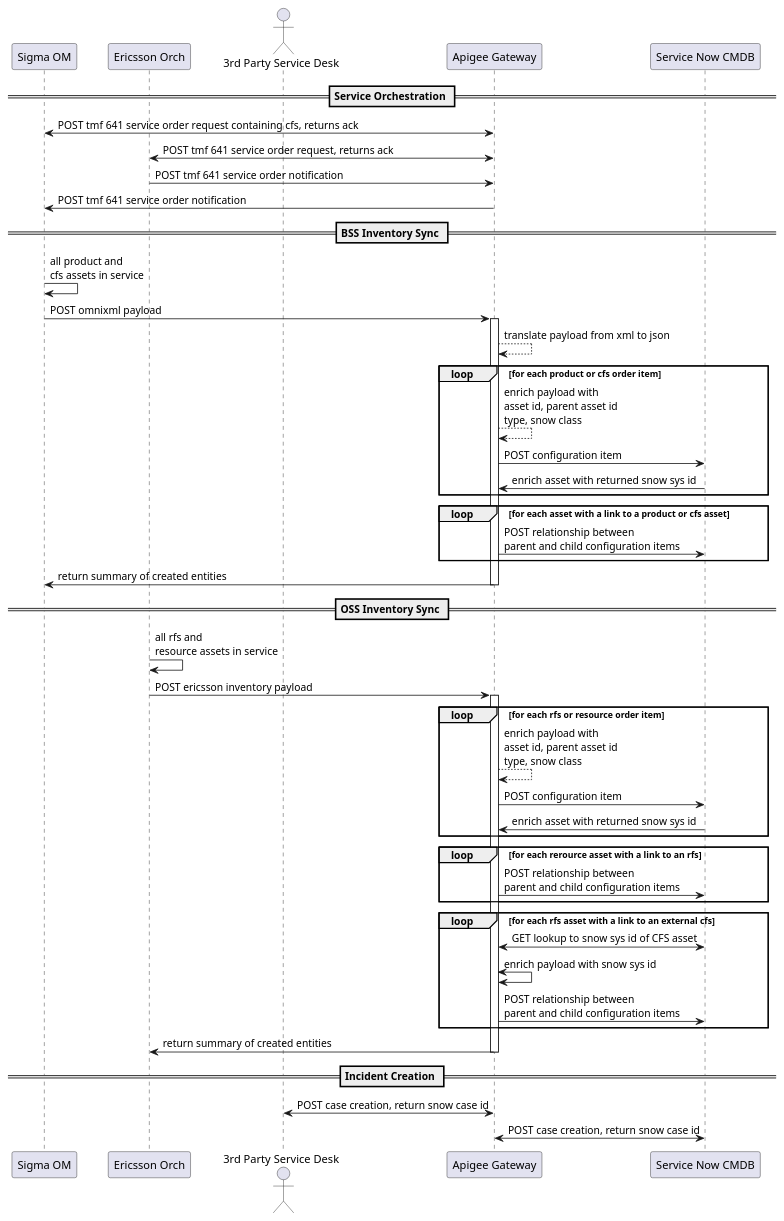
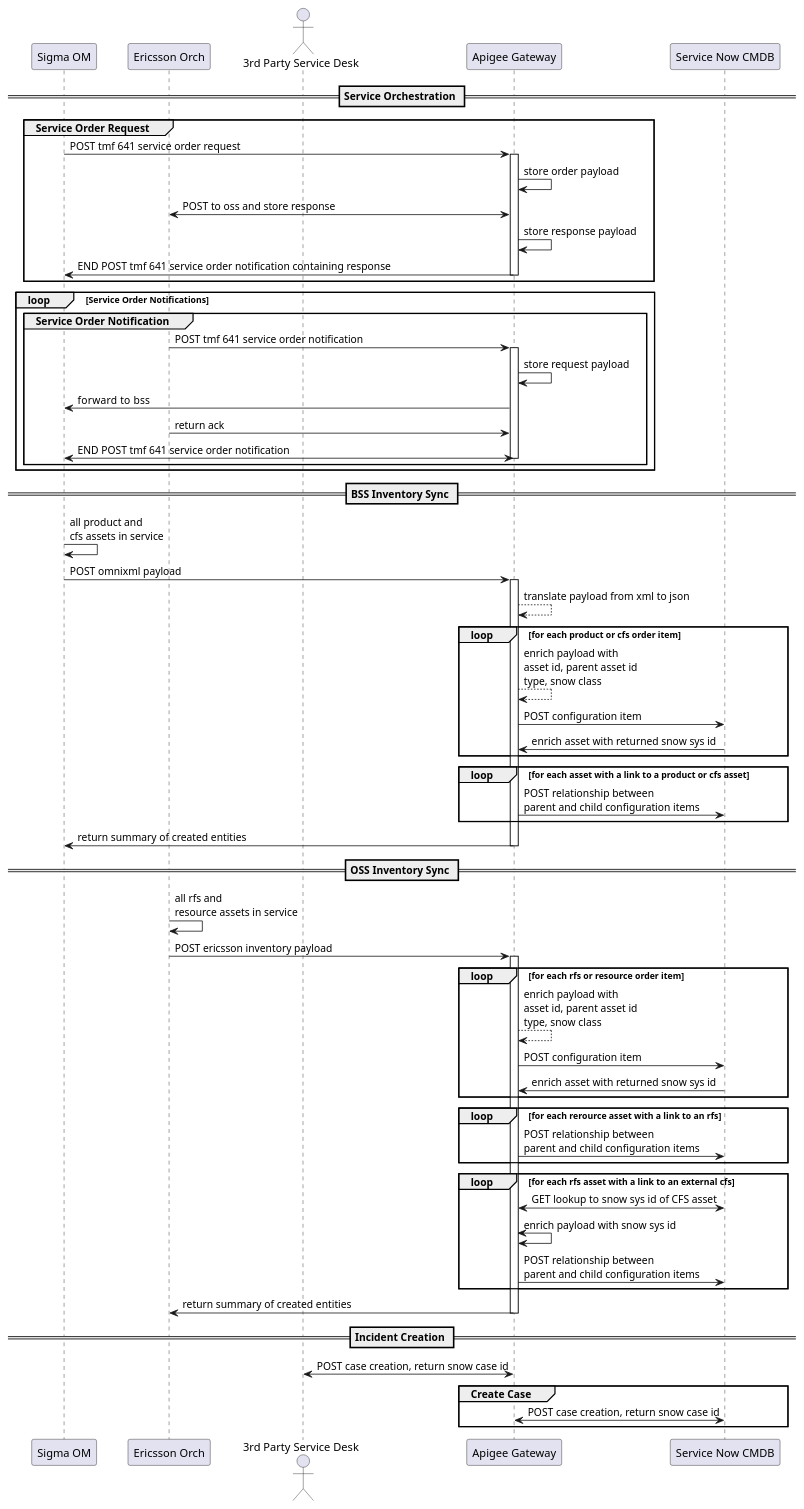
One commit to stevocurtis/nodejs-playpen changed the diagram in docs/integration-flow-sequence.puml. Above: the diagram before and after it, drawn with PlantUML.

Commit message:
Improved indentation for readability

```diff
--- a/docs/integration-flow-sequence.puml
+++ b/docs/integration-flow-sequence.puml
@@ -1,72 +1,75 @@
 @startuml
-' box "BSS"
 participant "Sigma OM" as sigma
-' end box
-' box "OSS"
 participant "Ericsson Orch" as ericsson
-' end box
-' box "Integration"
 actor "3rd Party Service Desk" as inlifeuser
 participant "Apigee Gateway" as apigee
-' end box
-' box "Inlife"
 participant "Service Now CMDB" as snow
 
-' end box
 == Service Orchestration ==
-sigma <-> apigee: POST tmf 641 service order request containing cfs, returns ack
-apigee <-> ericsson: POST tmf 641 service order request, returns ack
-' loop for each cfs
-ericsson -> apigee: POST tmf 641 service order notification
-apigee -> sigma: POST tmf 641 service order notification
-' end
+group Service Order Request
+    sigma -> apigee: POST tmf 641 service order request
+    activate apigee
+        apigee -> apigee: store order payload
+        apigee <-> ericsson: POST to oss and store response
+        apigee -> apigee: store response payload
+        apigee -> sigma: END POST tmf 641 service order notification containing response
+    deactivate apigee
+end
+
+loop Service Order Notifications
+    group Service Order Notification
+        ericsson -> apigee: POST tmf 641 service order notification
+        activate apigee
+            apigee -> apigee: store request payload
+            apigee -> sigma: forward  to bss
+            ericsson -> apigee: return ack 
+            apigee <-> sigma: END POST tmf 641 service order notification
+        deactivate apigee
+    end
+end
 
 == BSS Inventory Sync ==
 sigma -> sigma: all product and\ncfs assets in service
 sigma -> apigee: POST omnixml payload
 activate apigee
-
-apigee --> apigee: translate payload from xml to json
-loop for each product or cfs order item
-apigee --> apigee: enrich payload with\nasset id, parent asset id\ntype, snow class
-
-apigee -> snow: POST configuration item
-snow -> apigee: enrich asset with returned snow sys id
-end
-
-loop for each asset with a link to a product or cfs asset
-apigee -> snow: POST relationship between\nparent and child configuration items
-end
-
-apigee -> sigma: return summary of created entities
+    apigee --> apigee: translate payload from xml to json
+    loop for each product or cfs order item
+        apigee --> apigee: enrich payload with\nasset id, parent asset id\ntype, snow class
+        apigee -> snow: POST configuration item
+        snow -> apigee: enrich asset with returned snow sys id
+    end
+    loop for each asset with a link to a product or cfs asset
+        apigee -> snow: POST relationship between\nparent and child configuration items
+    end
+    apigee -> sigma: return summary of created entities
 deactivate apigee
 
 == OSS Inventory Sync ==
 ericsson -> ericsson: all rfs and\nresource assets in service
 ericsson -> apigee: POST ericsson inventory payload
 activate apigee
+    loop for each rfs or resource order item
+        apigee --> apigee: enrich payload with\nasset id, parent asset id\ntype, snow class
+        apigee -> snow: POST configuration item
+    snow -> apigee: enrich asset with returned snow sys id
+    end
 
-loop for each rfs or resource order item
-apigee --> apigee: enrich payload with\nasset id, parent asset id\ntype, snow class
+    loop for each rerource asset with a link to an rfs
+        apigee -> snow: POST relationship between\nparent and child configuration items
+    end
 
-apigee -> snow: POST configuration item
-snow -> apigee: enrich asset with returned snow sys id
-end
+    loop for each rfs asset with a link to an external cfs
+        apigee <-> snow: GET lookup to snow sys id of CFS asset
+        apigee <-> apigee: enrich payload with snow sys id
+        apigee -> snow: POST relationship between\nparent and child configuration items
+    end
 
-loop for each rerource asset with a link to an rfs
-apigee -> snow: POST relationship between\nparent and child configuration items
-end
-
-loop for each rfs asset with a link to an external cfs
-apigee <-> snow: GET lookup to snow sys id of CFS asset
-apigee <-> apigee: enrich payload with snow sys id
-apigee -> snow: POST relationship between\nparent and child configuration items
-end
-
-apigee -> ericsson: return summary of created entities
+    apigee -> ericsson: return summary of created entities
 deactivate apigee
 
 == Incident Creation ==
 inlifeuser <-> apigee: POST case creation, return snow case id
-apigee <-> snow: POST case creation, return snow case id
+group Create Case
+    apigee <-> snow: POST case creation, return snow case id
+end
 @enduml
```
